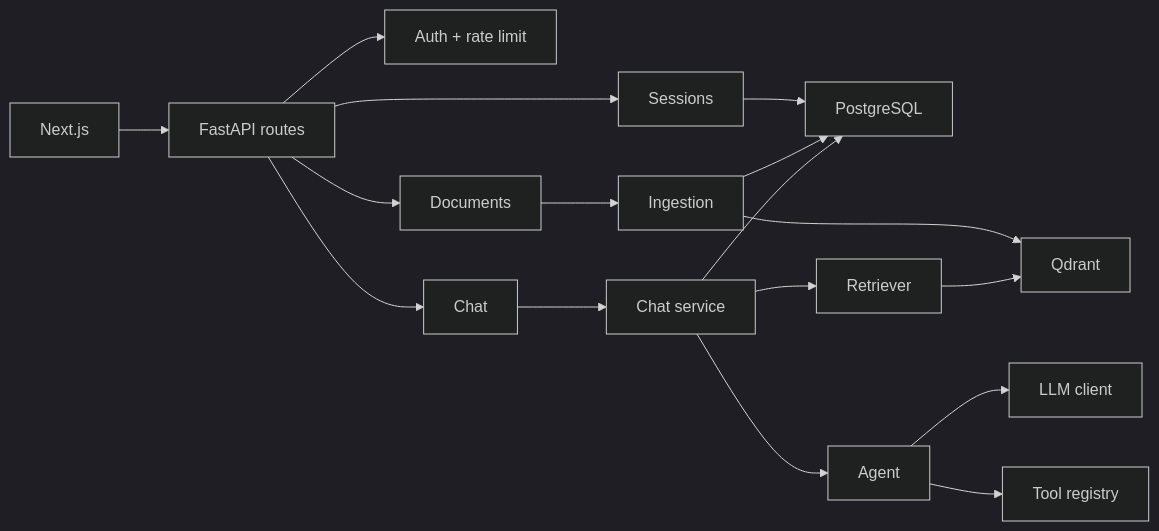
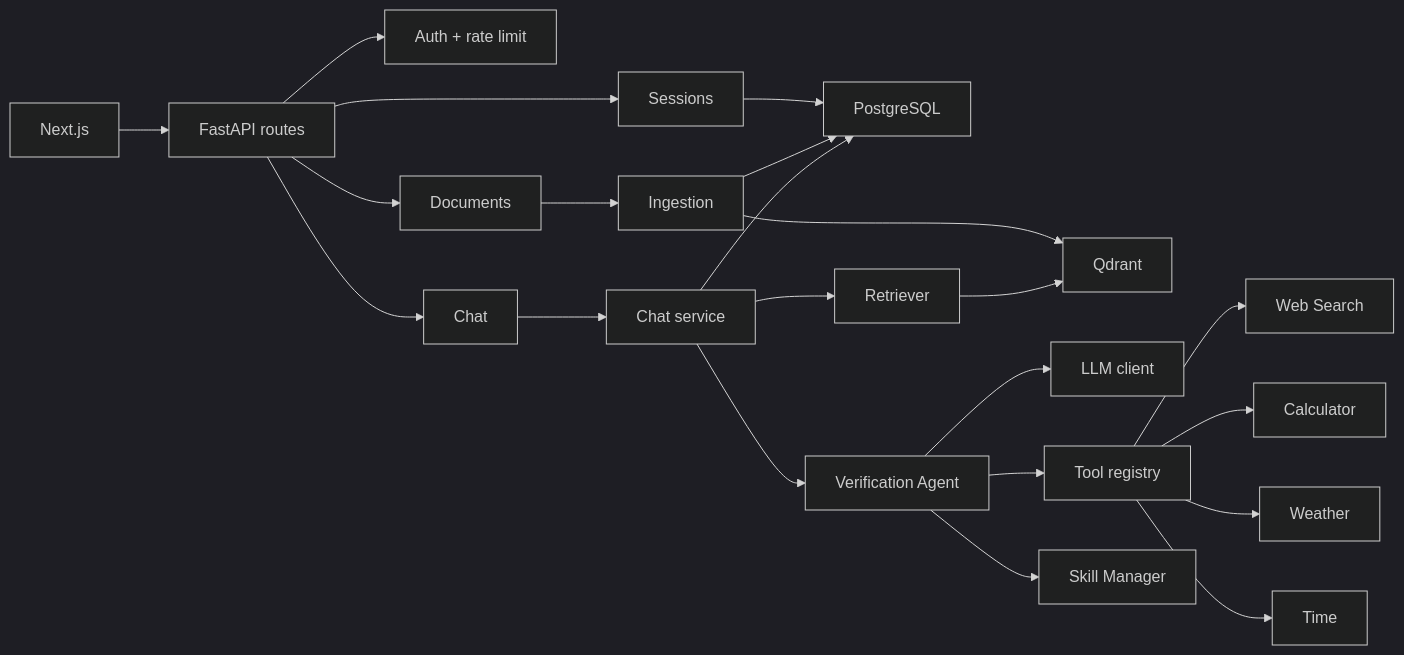
Before and after one commit to Nitesh-Baniya/Fuse_Week_15: the second of 10 diagrams in readme.md, drawn with Mermaid (dark theme). The commit also changed other lines of this file and 11 other files, not shown here.

First line of the commit message:
feat: Implement web search tool for agentic verification

````diff
--- a/readme.md
+++ b/readme.md
@@ -36,19 +48,24 @@
 ```mermaid
 flowchart LR
     Client["Next.js"] --> Router["FastAPI routes"]
     Router --> Auth["Auth + rate limit"]
     Router --> Sessions["Sessions"]
     Router --> Chat["Chat"]
     Router --> Documents["Documents"]
     Sessions --> DB["PostgreSQL"]
     Documents --> Ingestion["Ingestion"]
     Ingestion --> DB
     Ingestion --> Qdrant["Qdrant"]
     Chat --> Service["Chat service"]
     Service --> DB
     Service --> Retriever["Retriever"]
-    Service --> Agent["Agent"]
+    Service --> Agent["Verification Agent"]
     Retriever --> Qdrant
     Agent --> LLM["LLM client"]
     Agent --> Tools["Tool registry"]
+    Agent --> Skills["Skill Manager"]
+    Tools --> WebSearch["Web Search"]
+    Tools --> Calculator["Calculator"]
+    Tools --> Weather["Weather"]
+    Tools --> Time["Time"]
 ```
````
